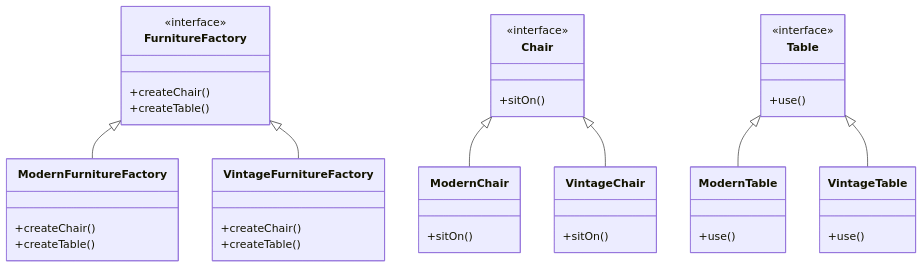
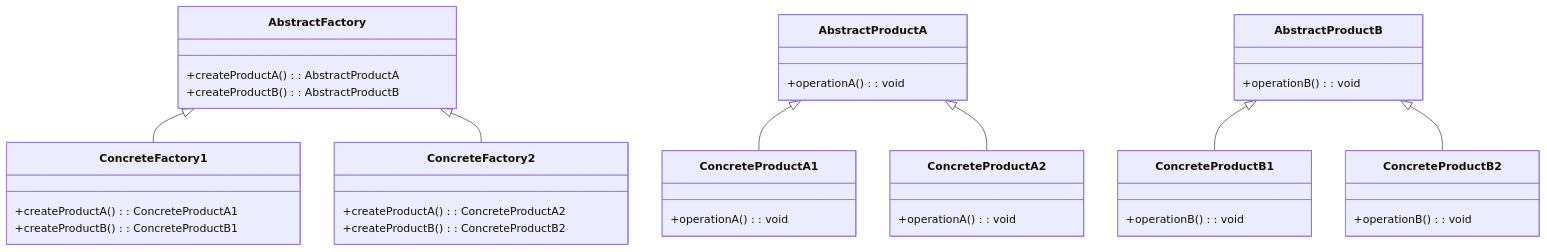
One commit to 42jerrykim/42jerrykim.github.io changed the second of 8 diagrams in articles/_designpattern/01_abstract_factory.md. Above: the diagram before and after it, drawn with Mermaid. The commit also changed other lines of this file and 1 other file, not shown here.

````diff
--- a/articles/_designpattern/01_abstract_factory.md
+++ b/articles/_designpattern/01_abstract_factory.md
@@ -413,51 +212,48 @@
 ```mermaid
 classDiagram
-    class FurnitureFactory {
-        <<interface>>
-        +createChair()
-        +createTable()
+    class AbstractFactory {
+        +createProductA(): AbstractProductA
+        +createProductB(): AbstractProductB
     }
 
-    class Chair {
-        <<interface>>
-        +sitOn()
+    class ConcreteFactory1 {
+        +createProductA(): ConcreteProductA1
+        +createProductB(): ConcreteProductB1
     }
 
-    class Table {
-        <<interface>>
-        +use()
+    class ConcreteFactory2 {
+        +createProductA(): ConcreteProductA2
+        +createProductB(): ConcreteProductB2
     }
 
-    class ModernFurnitureFactory {
-        +createChair()
-        +createTable()
+    class AbstractProductA {
+        +operationA(): void
     }
 
-    class VintageFurnitureFactory {
-        +createChair()
-        +createTable()
+    class ConcreteProductA1 {
+        +operationA(): void
     }
 
-    class ModernChair {
-        +sitOn()
+    class ConcreteProductA2 {
+        +operationA(): void
     }
 
-    class ModernTable {
-        +use()
+    class AbstractProductB {
+        +operationB(): void
     }
 
-    class VintageChair {
-        +sitOn()
+    class ConcreteProductB1 {
+        +operationB(): void
     }
 
-    class VintageTable {
-        +use()
+    class ConcreteProductB2 {
+        +operationB(): void
     }
 
-    FurnitureFactory <|-- ModernFurnitureFactory
-    FurnitureFactory <|-- VintageFurnitureFactory
-    Chair <|-- ModernChair
-    Chair <|-- VintageChair
-    Table <|-- ModernTable
-    Table <|-- VintageTable
+    AbstractFactory <|-- ConcreteFactory1
+    AbstractFactory <|-- ConcreteFactory2
+    AbstractProductA <|-- ConcreteProductA1
+    AbstractProductA <|-- ConcreteProductA2
+    AbstractProductB <|-- ConcreteProductB1
+    AbstractProductB <|-- ConcreteProductB2
 ```
````
